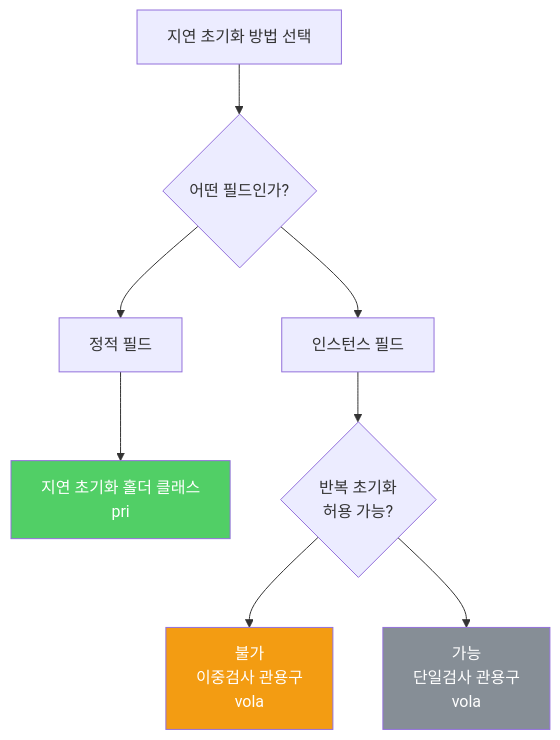
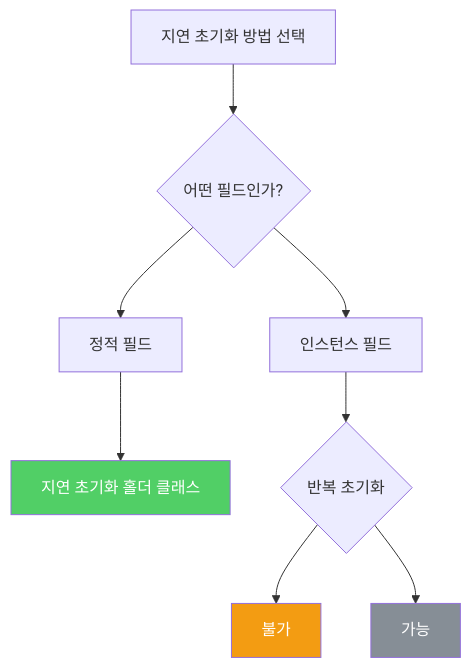
The diagram in _posts/java/2022-03-06-effective-java83.md (yjkim2015/yjkim2015.github.io), drawn with Mermaid before and after one commit. The commit also changed 217 other files, not shown here.

First line of the commit message:
Mermaid 크기 수정: useMaxWidth:true + SVG max-width:100% + 라벨 축소

````diff
--- a/_posts/java/2022-03-06-effective-java83.md
+++ b/_posts/java/2022-03-06-effective-java83.md
@@ -105,13 +105,13 @@
 ```mermaid
 graph TD
     A["지연 초기화 방법 선택"] --> B{"어떤 필드인가?"}
     B --> C["정적 필드"]
     B --> D["인스턴스 필드"]
-    C --> E["지연 초기화 홀더 클래스\npri"]
-    D --> F{"반복 초기화\n허용 가능?"}
-    F --> G["불가\n이중검사 관용구\nvola"]
-    F --> H["가능\n단일검사 관용구\nvola"]
+    C --> E["지연 초기화 홀더 클래스"]
+    D --> F{"반복 초기화"}
+    F --> G["불가"]
+    F --> H["가능"]
     style E fill:#51cf66,color:#fff
     style G fill:#f39c12,color:#fff
     style H fill:#868e96,color:#fff
 ```
````
